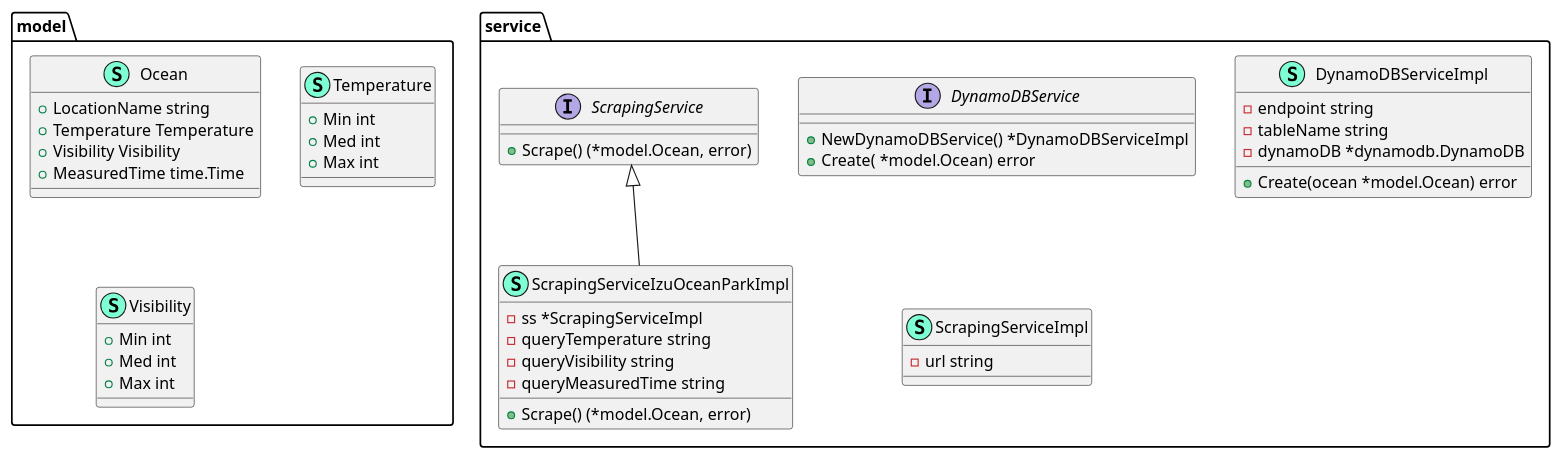
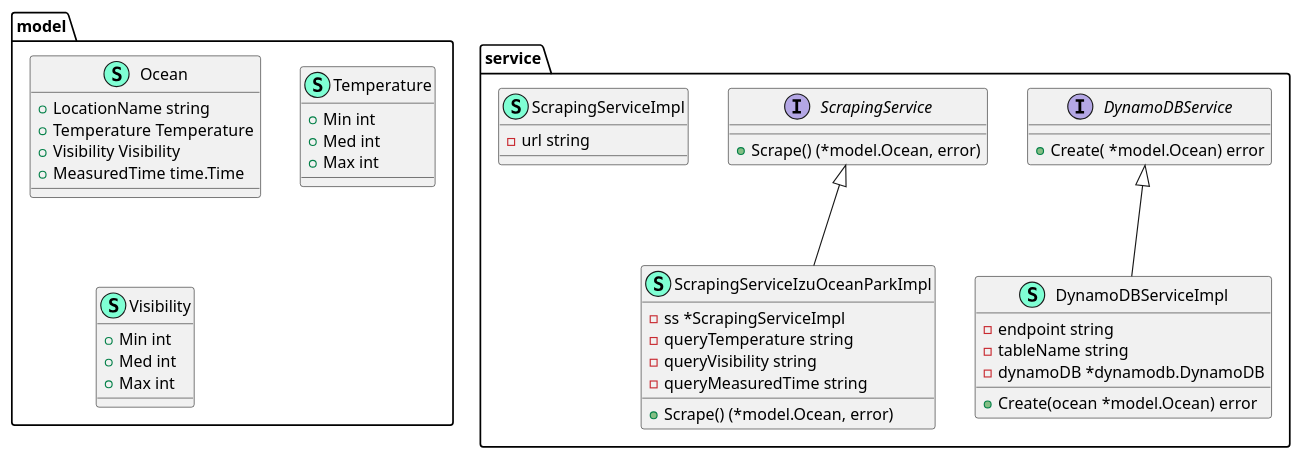
Before and after one commit to t29mato/divers-ocean-map: the diagram in docs/class.puml, drawn with PlantUML. The commit also changed 1 other file, not shown here.

Commit message:
DynamoDBServiceImplがInterfaceを実装していなかったので

```diff
--- a/docs/class.puml
+++ b/docs/class.puml
@@ -1,60 +1,60 @@
 @startuml
 namespace model {
     class Ocean << (S,Aquamarine) >> {
         + LocationName string
         + Temperature Temperature
         + Visibility Visibility
         + MeasuredTime time.Time
 
     }
     class Temperature << (S,Aquamarine) >> {
         + Min int
         + Med int
         + Max int
 
     }
     class Visibility << (S,Aquamarine) >> {
         + Min int
         + Med int
         + Max int
 
     }
 }
 
 
 namespace service {
     interface DynamoDBService  {
-        + NewDynamoDBService() *DynamoDBServiceImpl
         + Create( *model.Ocean) error
 
     }
     class DynamoDBServiceImpl << (S,Aquamarine) >> {
         - endpoint string
         - tableName string
         - dynamoDB *dynamodb.DynamoDB
 
         + Create(ocean *model.Ocean) error
 
     }
     interface ScrapingService  {
         + Scrape() (*model.Ocean, error)
 
     }
     class ScrapingServiceImpl << (S,Aquamarine) >> {
         - url string
 
     }
     class ScrapingServiceIzuOceanParkImpl << (S,Aquamarine) >> {
         - ss *ScrapingServiceImpl
         - queryTemperature string
         - queryVisibility string
         - queryMeasuredTime string
 
         + Scrape() (*model.Ocean, error)
 
     }
 }
 
+"service.DynamoDBService" <|-- "service.DynamoDBServiceImpl"
 "service.ScrapingService" <|-- "service.ScrapingServiceIzuOceanParkImpl"
 
 @enduml
```
